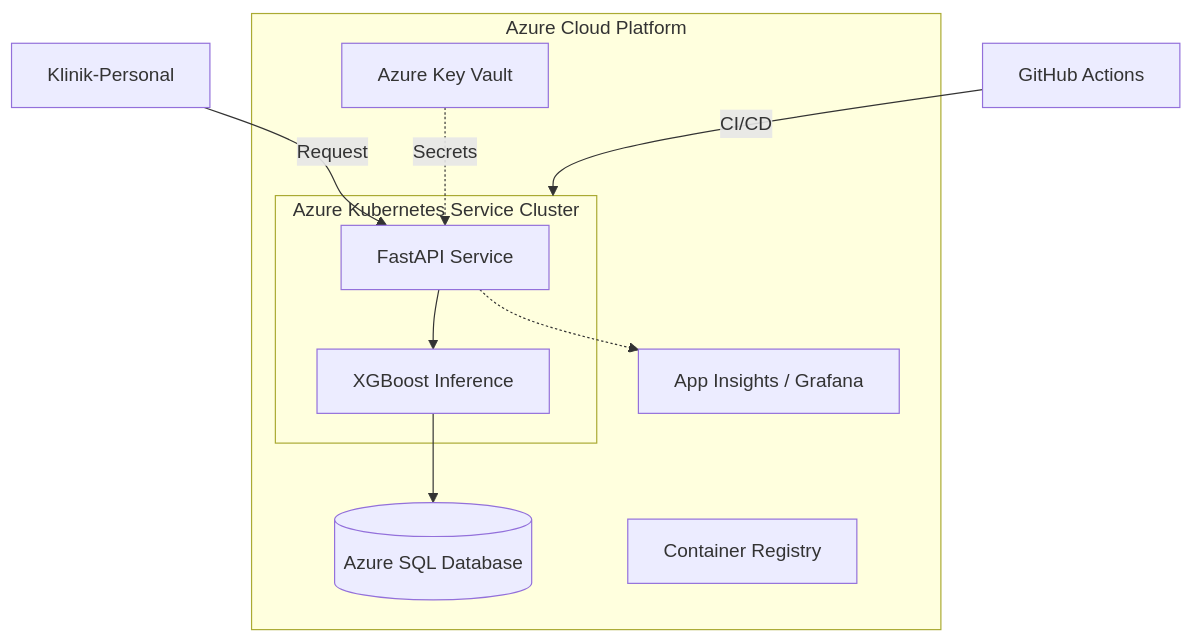
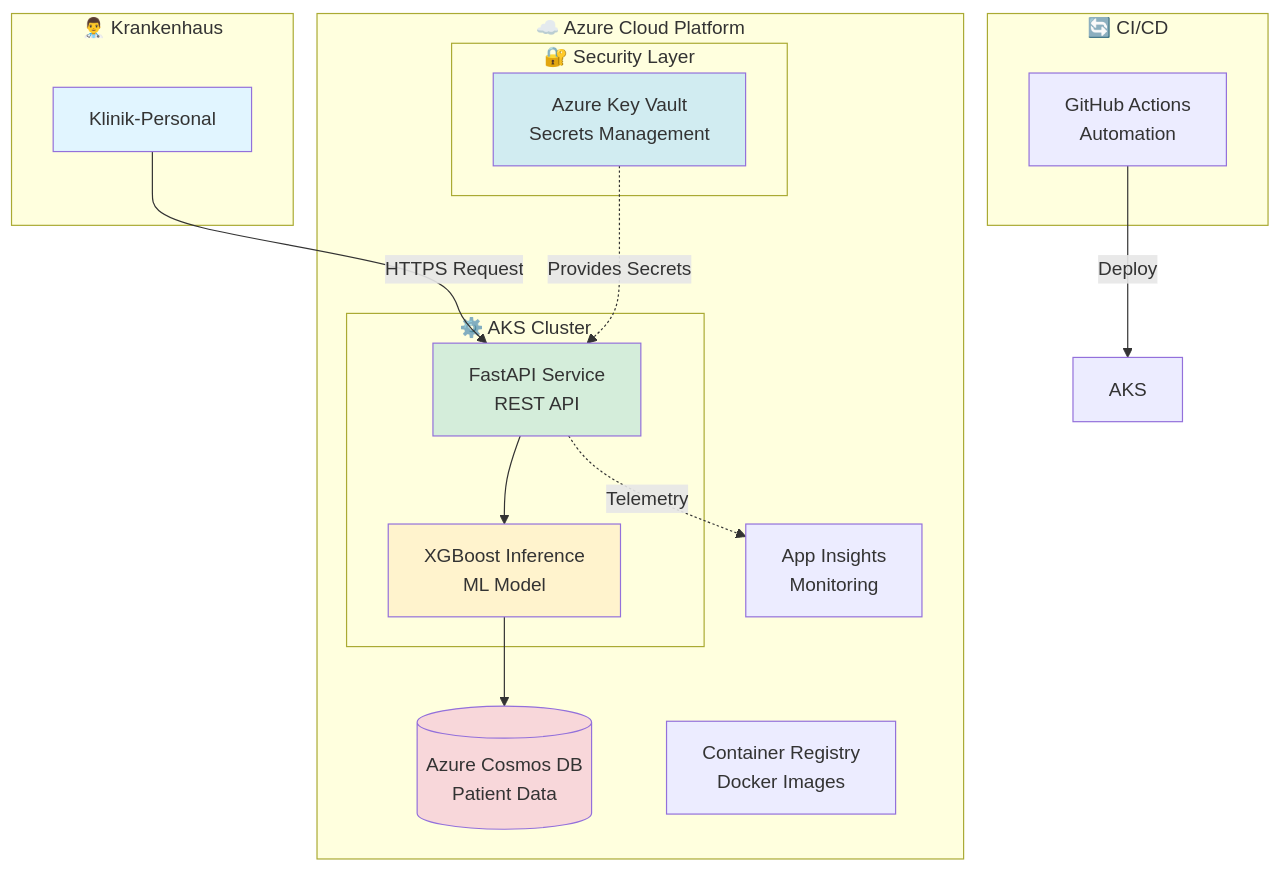
One commit to MustDemir/Masterarbeit-GenAIOps-Referenzarchitektur changed the first of 3 diagrams in README.md. Above: the diagram before and after it, drawn with Mermaid. The commit also changed other lines of this file, not shown here.

````diff
--- a/README.md
+++ b/README.md
@@ -48,20 +70,38 @@
 ```mermaid
-graph TD
-    subgraph Azure_Cloud [Azure Cloud Platform]
-        subgraph AKS [Azure Kubernetes Service Cluster]
-            API[FastAPI Service]
-            Model[XGBoost Inference]
-        end
-        DB[(Azure SQL Database)]
-        KV[Azure Key Vault]
-        CR[Container Registry]
-        Insights[App Insights / Grafana]
+graph TB
+    subgraph "👨‍⚕️ Krankenhaus"
+        User[Klinik-Personal]
     end
     
-    User[Klinik-Personal] -->|Request| API
+    subgraph "☁️ Azure Cloud Platform"
+        subgraph "🔐 Security Layer"
+            KV[Azure Key Vault<br/>Secrets Management]
+        end
+        
+        subgraph "⚙️ AKS Cluster"
+            API[FastAPI Service<br/>REST API]
+            Model[XGBoost Inference<br/>ML Model]
+        end
+        
+        DB[(Azure Cosmos DB<br/>Patient Data)]
+        CR[Container Registry<br/>Docker Images]
+        Monitor[App Insights<br/>Monitoring]
+    end
+    
+    subgraph "🔄 CI/CD"
+        GH[GitHub Actions<br/>Automation]
+    end
+    
+    User -->|HTTPS Request| API
     API --> Model
     Model --> DB
-    API -.-> Insights
-    KV -.->|Secrets| API
-    GH[GitHub Actions] -->|CI/CD| AKS
+    API -.->|Telemetry| Monitor
+    KV -.->|Provides Secrets| API
+    GH -->|Deploy| AKS
+    
+    style User fill:#e1f5ff
+    style API fill:#d4edda
+    style Model fill:#fff3cd
+    style DB fill:#f8d7da
+    style KV fill:#d1ecf1
 ```
````
